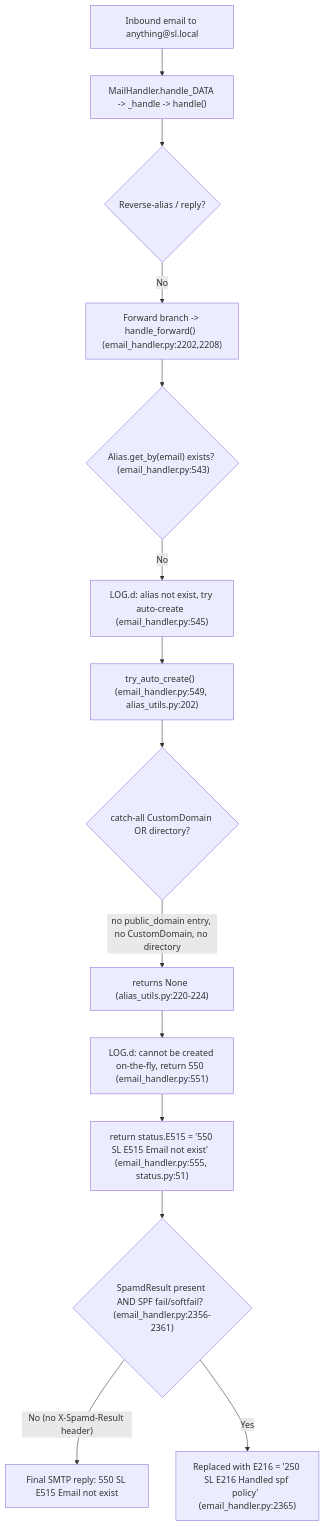
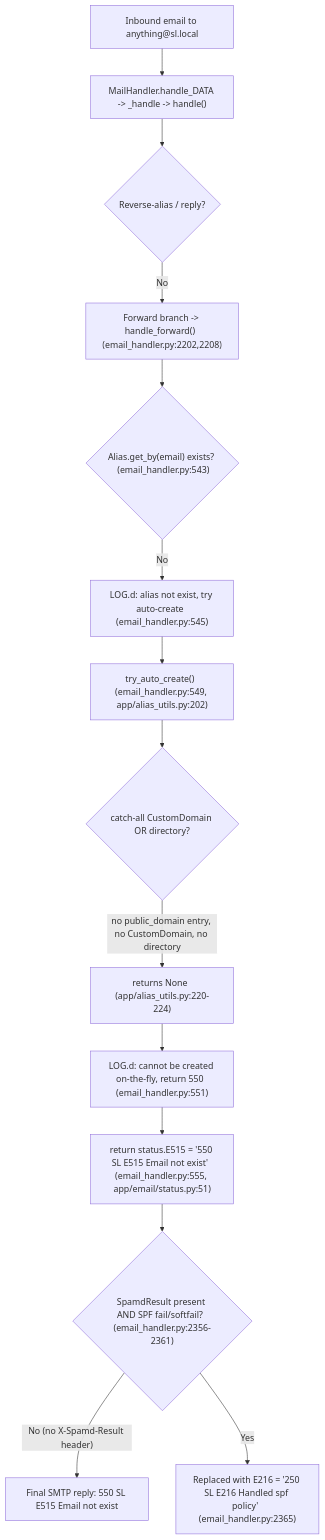
One commit to blitzy-research/app changed the diagram in blitzy/documentation/app_2cd6ee777f8c.md. Above: the diagram before and after it, drawn with Mermaid.

Commit message:
docs: fix three non-resolving path:line citations in Q3 Mermaid diagram
Resolves QA finding (CRITICAL, Documentation): three path:line citations in the Q3 Mermaid diagram of blitzy/documentation/app_2cd6ee777f8c.md used shortened paths that do not resolve from repository root.

- L698: alias_utils.py:202 -> app/alias_utils.py:202

- L700: alias_utils.py:220-224 -> app/alias_utils.py:220-224

- L702: status.py:51 -> app/email/status.py:51

These now match the correct paths/line numbers already used in the document's Q3 rationale and citation index. Verified: all 135 path:line citations in the document resolve to existing files+lines (was 3 failing). No source files modified; documentation-only change.

````diff
--- a/blitzy/documentation/app_2cd6ee777f8c.md
+++ b/blitzy/documentation/app_2cd6ee777f8c.md
@@ -691,16 +691,16 @@
 ```mermaid
 flowchart TD
     A["Inbound email to anything@sl.local"] --> B["MailHandler.handle_DATA -> _handle -> handle()"]
     B --> C{"Reverse-alias / reply?"}
     C -->|No| D["Forward branch -> handle_forward()  (email_handler.py:2202,2208)"]
     D --> E{"Alias.get_by(email) exists?  (email_handler.py:543)"}
     E -->|No| F["LOG.d: alias not exist, try auto-create  (email_handler.py:545)"]
-    F --> G["try_auto_create()  (email_handler.py:549, alias_utils.py:202)"]
+    F --> G["try_auto_create()  (email_handler.py:549, app/alias_utils.py:202)"]
     G --> H{"catch-all CustomDomain OR directory?"}
-    H -->|"no public_domain entry, no CustomDomain, no directory"| I["returns None  (alias_utils.py:220-224)"]
+    H -->|"no public_domain entry, no CustomDomain, no directory"| I["returns None  (app/alias_utils.py:220-224)"]
     I --> J["LOG.d: cannot be created on-the-fly, return 550  (email_handler.py:551)"]
-    J --> K["return status.E515 = '550 SL E515 Email not exist'  (email_handler.py:555, status.py:51)"]
+    J --> K["return status.E515 = '550 SL E515 Email not exist'  (email_handler.py:555, app/email/status.py:51)"]
     K --> L{"SpamdResult present AND SPF fail/softfail?  (email_handler.py:2356-2361)"}
     L -->|"No (no X-Spamd-Result header)"| M["Final SMTP reply: 550 SL E515 Email not exist"]
     L -->|"Yes"| N["Replaced with E216 = '250 SL E216 Handled spf policy'  (email_handler.py:2365)"]
 ```
````
